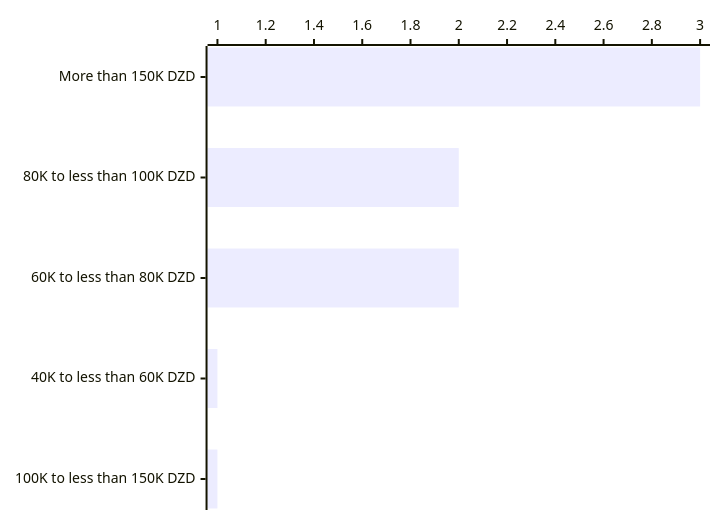
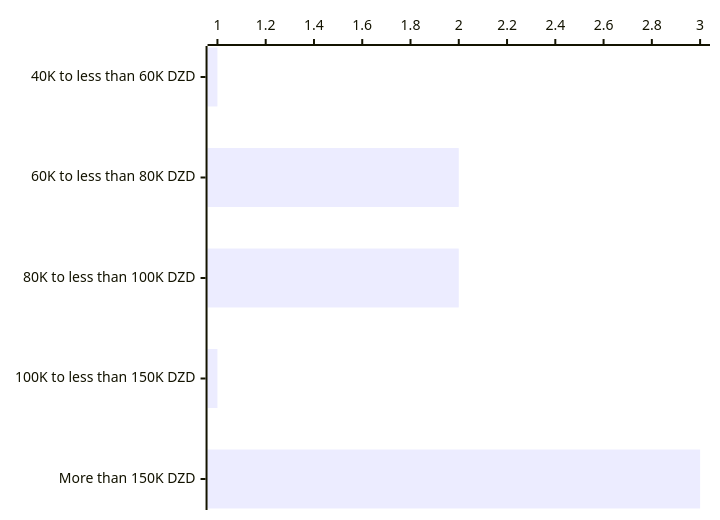
The eighth of 10 diagrams in website/docs/insights/remuneration.md (Fcmam5/state-of-dz-swe-2024), drawn with Mermaid before and after one commit. The commit also changed other lines of this file and 9 other files, not shown here.

````diff
--- a/website/docs/insights/remuneration.md
+++ b/website/docs/insights/remuneration.md
@@ -169,5 +168,5 @@
 ```mermaid
 xychart-beta horizontal
-  x-axis ["More than 150K DZD","80K to less than 100K DZD","60K to less than 80K DZD","40K to less than 60K DZD","100K to less than 150K DZD"]
-  bar [3,2,2,1,1]
+  x-axis ["40K to less than 60K DZD","60K to less than 80K DZD","80K to less than 100K DZD","100K to less than 150K DZD","More than 150K DZD"]
+  bar [1,2,2,1,3]
 ```
````
